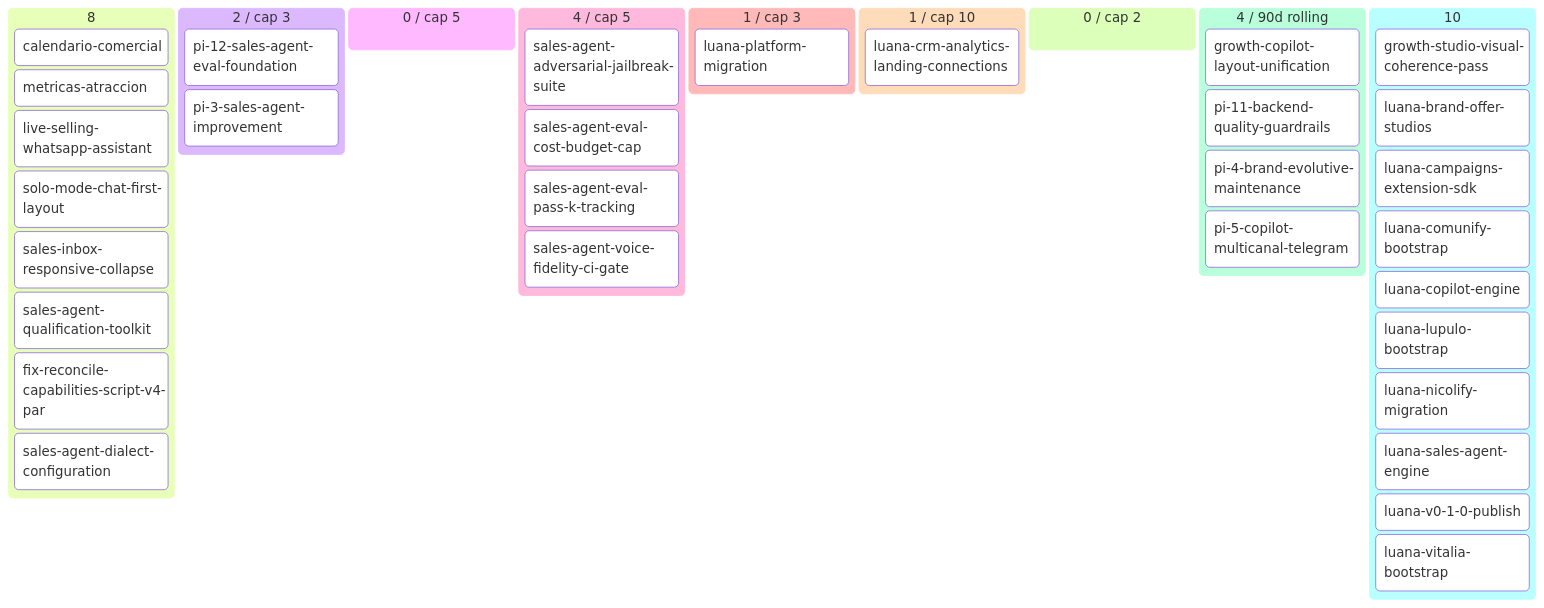
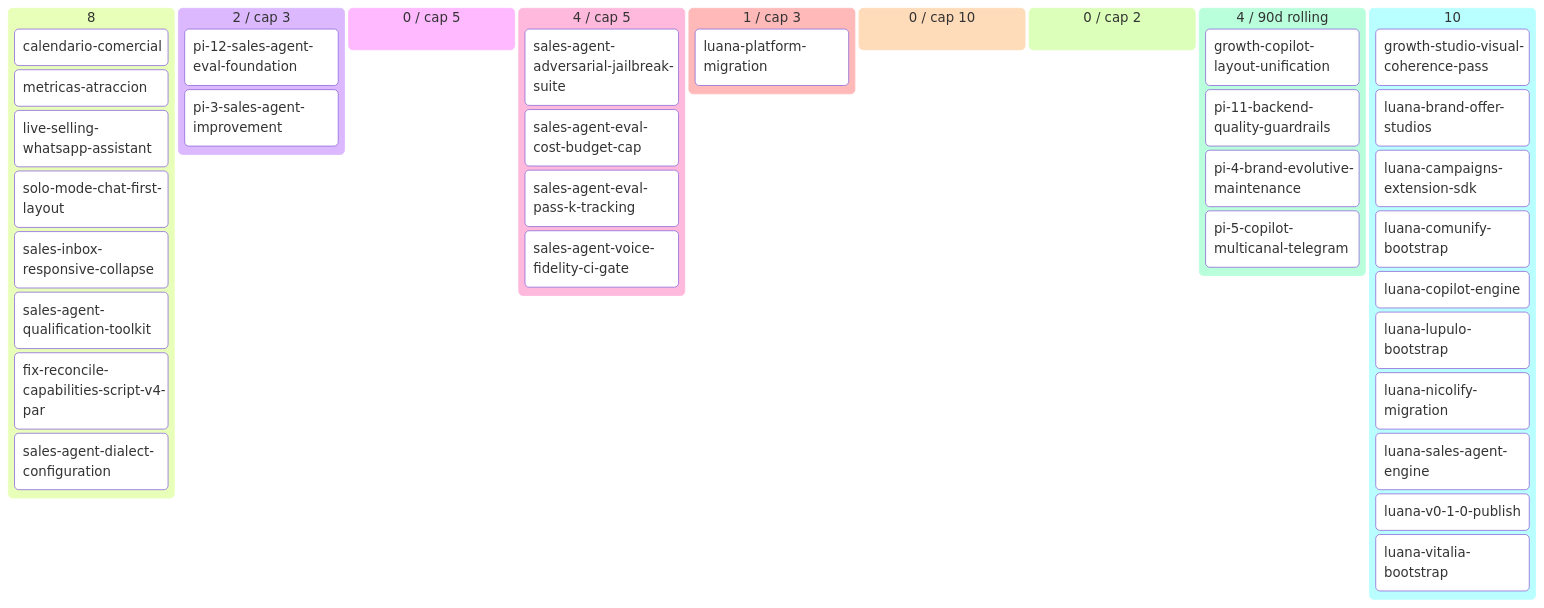
Before and after one commit to alpacapurpura/ap_sales_agent: the diagram in docs/product/BACKLOG.md, drawn with Mermaid. The commit also changed other lines of this file and 19 other files, not shown here.

First line of the commit message:
feat(luana-platform): close Story 4 luana-crm-analytics-landing-connections DONE + archive

````diff
--- a/docs/product/BACKLOG.md
+++ b/docs/product/BACKLOG.md
@@ -67,42 +67,41 @@
 ```mermaid
 kanban
   💡 Ideas (8)
     calendario-comercial[calendario-comercial]
     metricas-atraccion[metricas-atraccion]
     live-selling-whatsapp-assistan[live-selling-whatsapp-assistant]
     solo-mode-chat-first-layout[solo-mode-chat-first-layout]
     sales-inbox-responsive-collaps[sales-inbox-responsive-collapse]
     sales-agent-qualification-tool[sales-agent-qualification-toolkit]
     fix-reconcile-capabilities-scr[fix-reconcile-capabilities-script-v4-par]
     sales-agent-dialect-configurat[sales-agent-dialect-configuration]
   🔬 Refining (2 / cap 3)
     pi-12-sales-agent-eval-foundat[pi-12-sales-agent-eval-foundation]
     pi-3-sales-agent-improvement[pi-3-sales-agent-improvement]
   ✅ Refined (0 / cap 5)
   📦 Ready (4 / cap 5)
     sales-agent-adversarial-jailbr[sales-agent-adversarial-jailbreak-suite]
     sales-agent-eval-cost-budget-c[sales-agent-eval-cost-budget-cap]
     sales-agent-eval-pass-k-tracki[sales-agent-eval-pass-k-tracking]
     sales-agent-voice-fidelity-ci-[sales-agent-voice-fidelity-ci-gate]
   🔨 Developing (1 / cap 3)
     luana-platform-migration[luana-platform-migration]
-  🧪 Developed (1 / cap 10)
-    luana-crm-analytics-landing-co[luana-crm-analytics-landing-connections]
+  🧪 Developed (0 / cap 10)
   🔍 Reviewing (0 / cap 2)
   ✅ Done (4 / 90d rolling)
     growth-copilot-layout-unificat[growth-copilot-layout-unification]
     pi-11-backend-quality-guardrai[pi-11-backend-quality-guardrails]
     pi-4-brand-evolutive-maintenan[pi-4-brand-evolutive-maintenance]
     pi-5-copilot-multicanal-telegr[pi-5-copilot-multicanal-telegram]
   🅿 Parked (10)
     growth-studio-visual-coherence[growth-studio-visual-coherence-pass]
     luana-brand-offer-studios[luana-brand-offer-studios]
     luana-campaigns-extension-sdk[luana-campaigns-extension-sdk]
     luana-comunify-bootstrap[luana-comunify-bootstrap]
     luana-copilot-engine[luana-copilot-engine]
     luana-lupulo-bootstrap[luana-lupulo-bootstrap]
     luana-nicolify-migration[luana-nicolify-migration]
     luana-sales-agent-engine[luana-sales-agent-engine]
     luana-v0-1-0-publish[luana-v0-1-0-publish]
     luana-vitalia-bootstrap[luana-vitalia-bootstrap]
 ```
````
